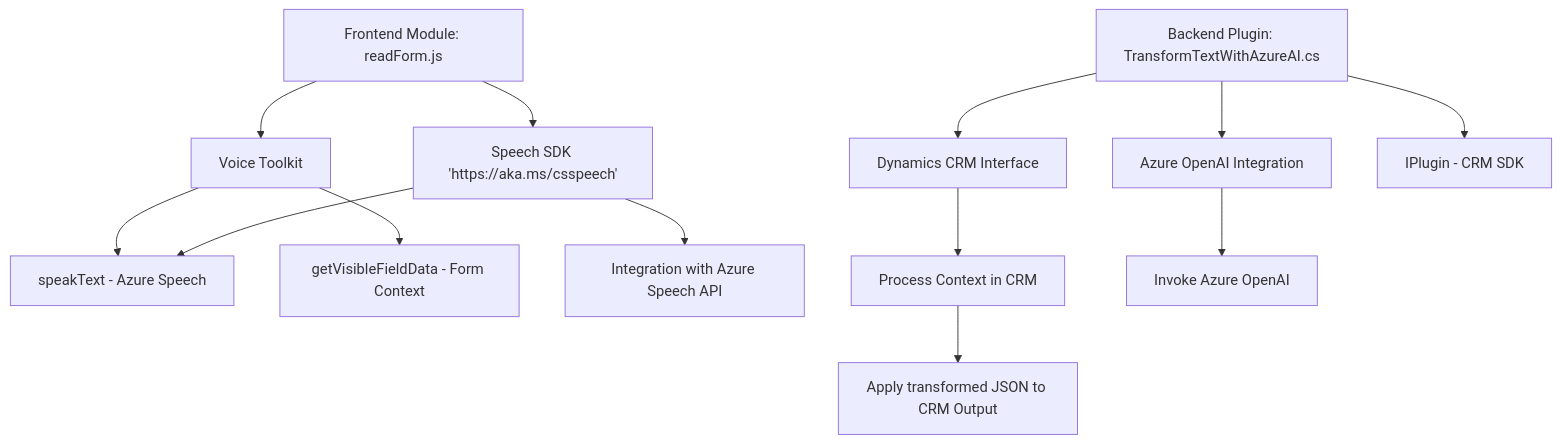
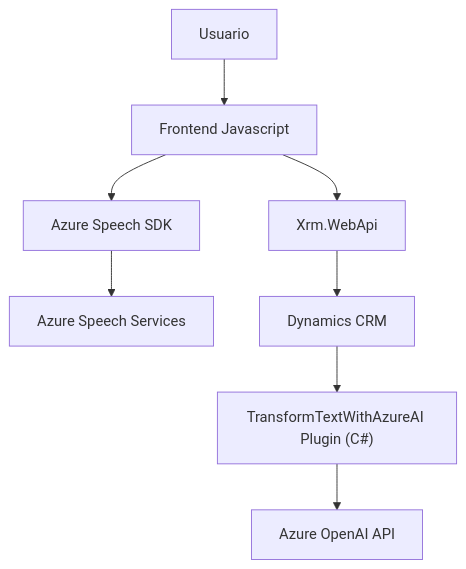
Before and after one commit to blopezdm/NETCORE_BILBAO2025: the diagram in README.md, drawn with Mermaid. The commit also changed other lines of this file, not shown here.

````diff
--- a/README.md
+++ b/README.md
@@ -44,16 +31,10 @@
 ```mermaid
 graph TD
-    A["Frontend Module: readForm.js"] --> B["Voice Toolkit"]
-    A --> C["Speech SDK 'https://aka.ms/csspeech'"]
-    B --> D["speakText - Azure Speech"]
-    B --> E["getVisibleFieldData - Form Context"]
-    C --> D
-    C --> F["Integration with Azure Speech API"]
-
-    G["Backend Plugin: TransformTextWithAzureAI.cs"] --> H["Dynamics CRM Interface"]
-    G --> I["Azure OpenAI Integration"]
-    G --> J["IPlugin - CRM SDK"]
-    H --> K["Process Context in CRM"]
-    I --> L["Invoke Azure OpenAI"]
-    K --> M["Apply transformed JSON to CRM Output"]
+    A["Usuario"] --> B["Frontend Javascript"]
+    B --> C["Azure Speech SDK"]
+    B --> D["Xrm.WebApi"]
+    C --> E["Azure Speech Services"]
+    D --> F["Dynamics CRM"]
+    F --> G["TransformTextWithAzureAI Plugin (C#)"]
+    G --> H["Azure OpenAI API"]
 ```
````
